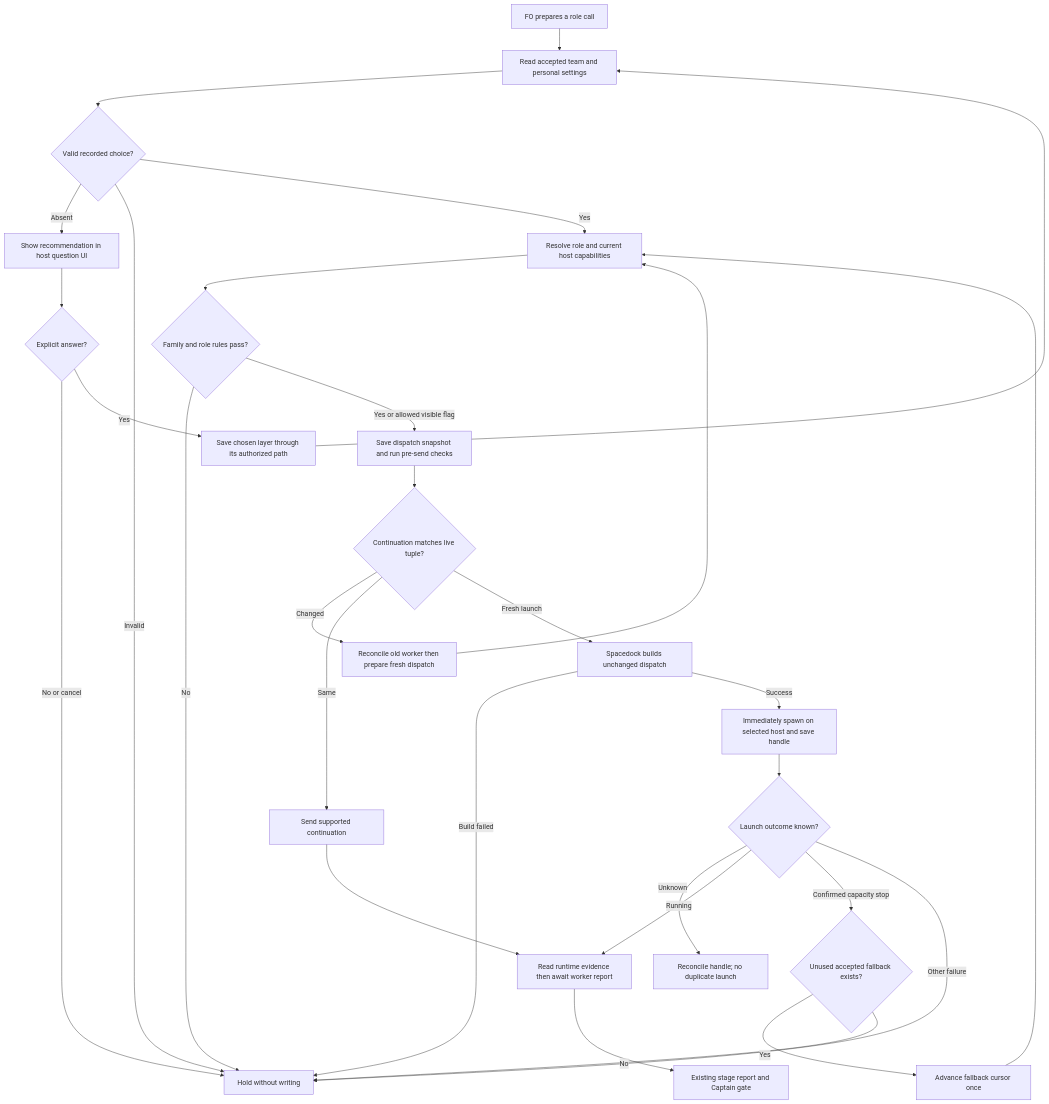
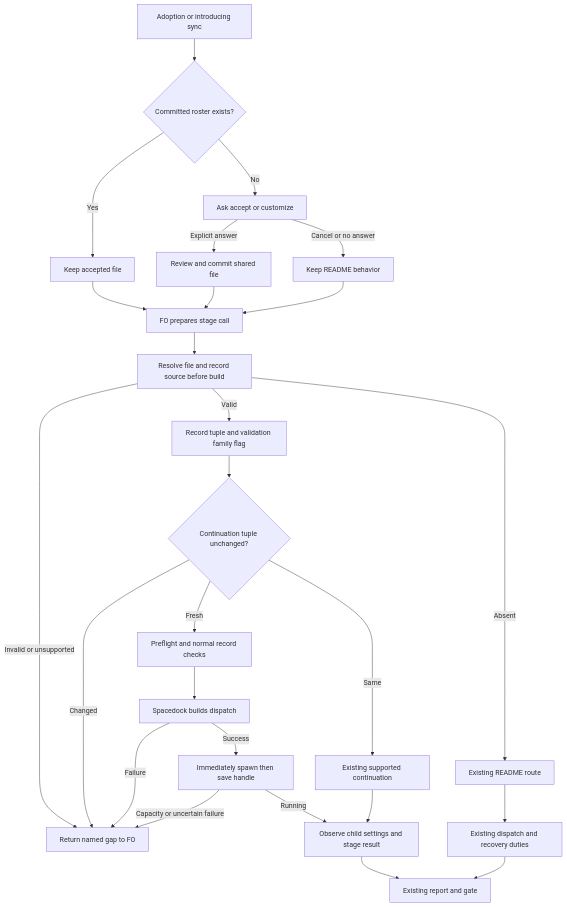
Before and after one commit to iamcxa/kc-claude-plugins: the diagram in model-roster-per-repo.md, drawn with Mermaid. The commit also changed other lines of this file, not shown here.

Commit message:
docs(dev2): narrow model roster ideation to stage workers

````diff
--- a/model-roster-per-repo.md
+++ b/model-roster-per-repo.md
@@ -149,32 +128,28 @@
 ```mermaid
 flowchart TD
-  A[FO prepares a role call] --> B[Read accepted team and personal settings]
-  B --> C{Valid recorded choice?}
-  C -->|Absent| Q[Show recommendation in host question UI]
-  Q --> E{Explicit answer?}
-  E -->|No or cancel| H[Hold without writing]
-  E -->|Yes| S[Save chosen layer through its authorized path]
-  S --> B
-  C -->|Invalid| H
-  C -->|Yes| R[Resolve role and current host capabilities]
-  R --> I{Family and role rules pass?}
-  I -->|No| H
-  I -->|Yes or allowed visible flag| D[Save dispatch snapshot and run pre-send checks]
-  D --> J{Continuation matches live tuple?}
-  J -->|Changed| N[Reconcile old worker then prepare fresh dispatch]
-  N --> R
-  J -->|Same| U[Send supported continuation]
-  J -->|Fresh launch| K[Spacedock builds unchanged dispatch]
-  K -->|Build failed| H
-  K -->|Success| L[Immediately spawn on selected host and save handle]
-  L --> M{Launch outcome known?}
-  M -->|Unknown| X[Reconcile handle; no duplicate launch]
-  M -->|Running| O[Read runtime evidence then await worker report]
-  M -->|Confirmed capacity stop| F{Unused accepted fallback exists?}
-  F -->|Yes| T[Advance fallback cursor once]
-  T --> R
-  F -->|No| H
-  M -->|Other failure| H
-  U --> O
-  O --> G[Existing stage report and Captain gate]
+  A[Adoption or introducing sync] --> B{Committed roster exists?}
+  B -->|Yes| C[Keep accepted file]
+  B -->|No| Q[Ask accept or customize]
+  Q -->|Explicit answer| S[Review and commit shared file]
+  Q -->|Cancel or no answer| D[Keep README behavior]
+  C --> P[FO prepares stage call]
+  S --> P
+  D --> P
+  P --> R[Resolve file and record source before build]
+  R -->|Absent| L[Existing README route]
+  R -->|Invalid or unsupported| H[Return named gap to FO]
+  R -->|Valid| F[Record tuple and validation family flag]
+  F --> T{Continuation tuple unchanged?}
+  T -->|Changed| H
+  T -->|Same| U[Existing supported continuation]
+  T -->|Fresh| V[Preflight and normal record checks]
+  V --> W[Spacedock builds dispatch]
+  W -->|Success| X[Immediately spawn then save handle]
+  W -->|Failure| H
+  X -->|Running| E[Observe child settings and stage result]
+  X -->|Capacity or uncertain failure| H
+  U --> E
+  L --> G[Existing dispatch and recovery duties]
+  E --> Z[Existing report and gate]
+  G --> Z
 ```
````
